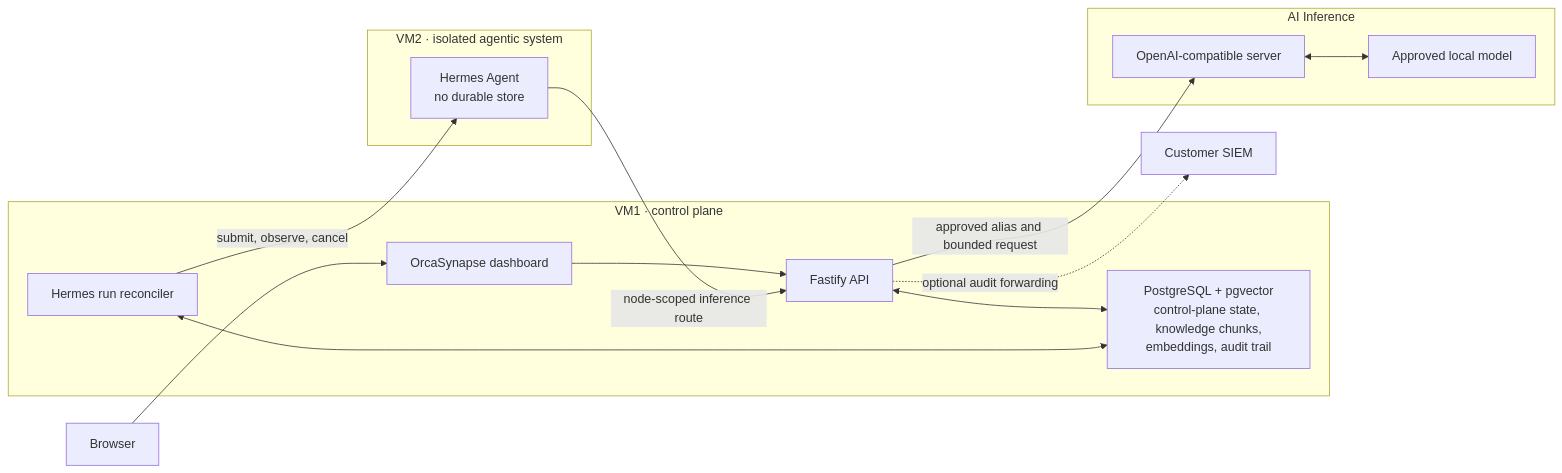
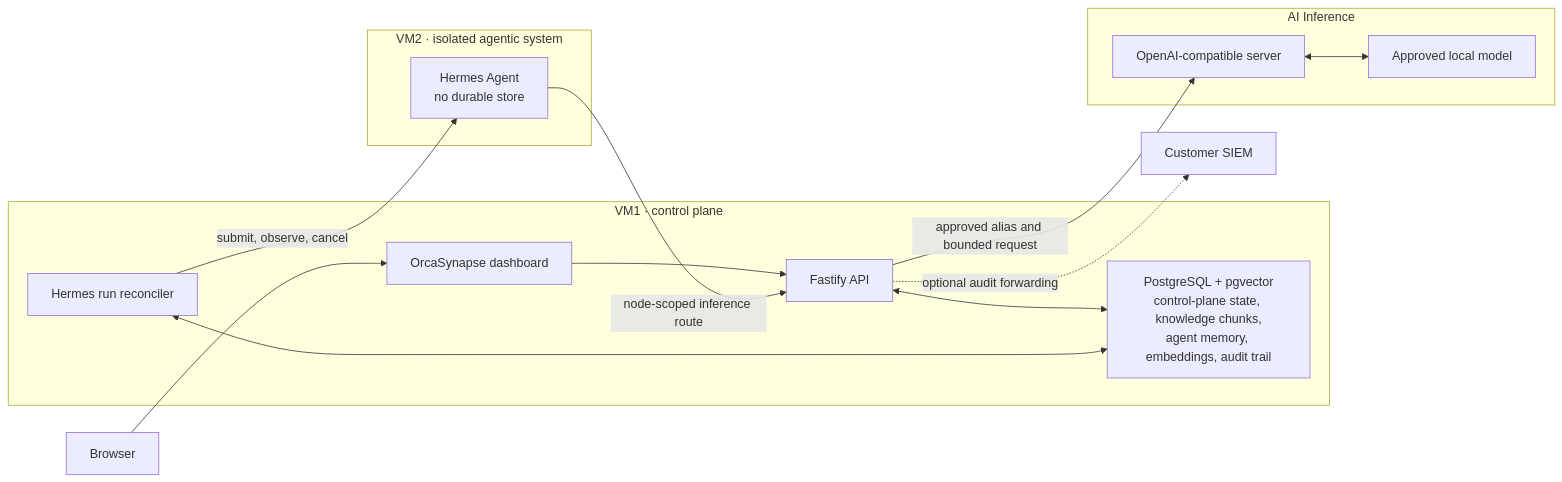
One commit to multichainerz/AI changed the diagram in docs/ARCHITECTURE.md. Above: the diagram before and after it, drawn with Mermaid. The commit also changed other lines of this file and 30 other files, not shown here.

````diff
--- a/docs/ARCHITECTURE.md
+++ b/docs/ARCHITECTURE.md
@@ -7,23 +7,23 @@
 ```mermaid
 flowchart LR
   USER["Browser"] --> WEB["OrcaSynapse dashboard"]
 
   subgraph VM1["VM1 · control plane"]
     WEB --> API["Fastify API"]
-    API <--> PG["PostgreSQL + pgvector<br/>control-plane state, knowledge chunks,<br/>embeddings, audit trail"]
+    API <--> PG["PostgreSQL + pgvector<br/>control-plane state, knowledge chunks,<br/>agent memory, embeddings, audit trail"]
     WORKER["Hermes run reconciler"] <--> PG
   end
 
   subgraph VM2["VM2 · isolated agentic system"]
     HERMES["Hermes Agent<br/>no durable store"]
   end
 
   subgraph GPU["AI Inference"]
     SERVER["OpenAI-compatible server"] <--> MODEL["Approved local model"]
   end
 
   WORKER -->|"submit, observe, cancel"| HERMES
   HERMES -->|"node-scoped inference route"| API
   API -->|"approved alias and bounded request"| SERVER
   API -.->|"optional audit forwarding"| SIEM["Customer SIEM"]
 ```
````
